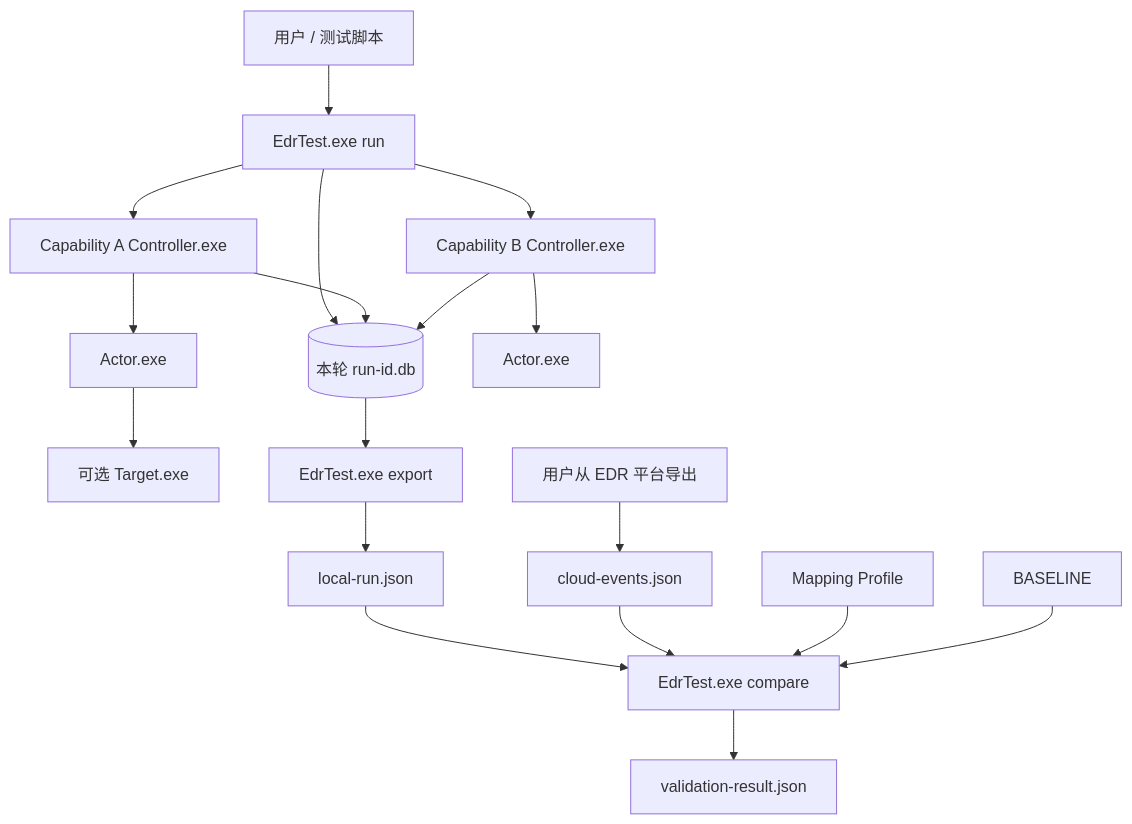
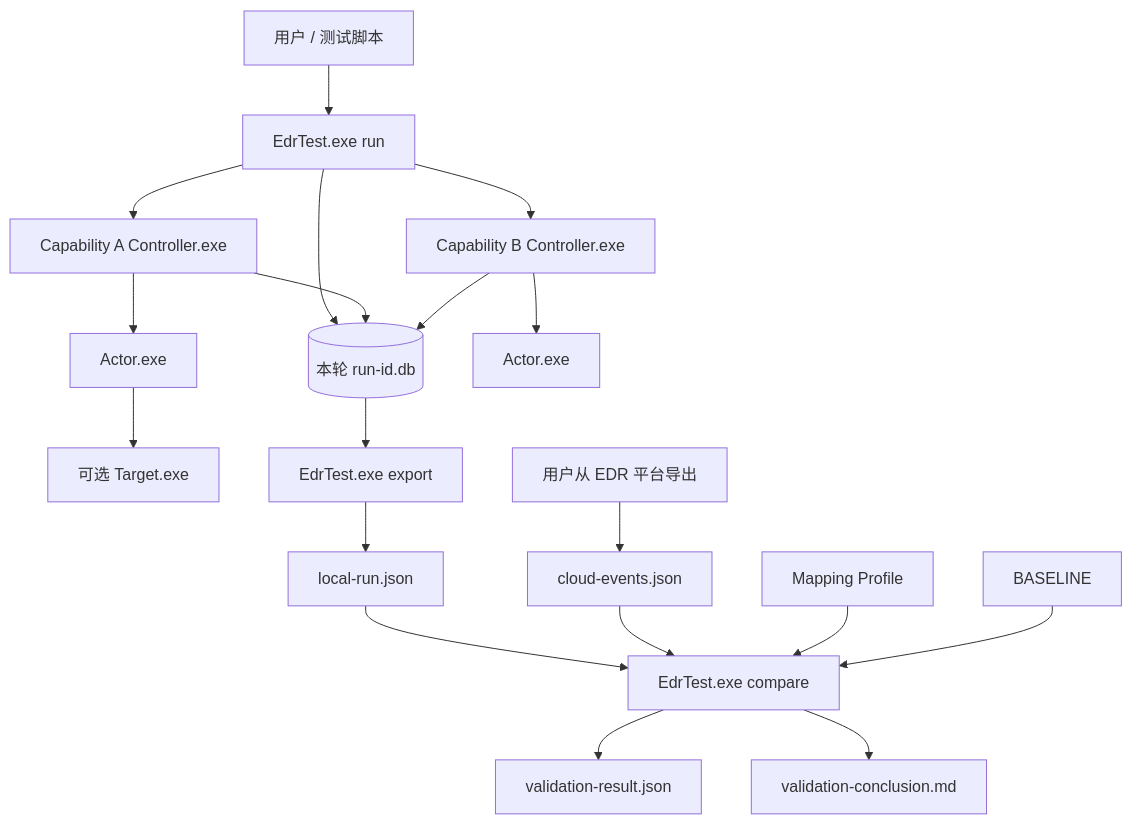
One commit to ParleStargazer/Tencent-EDR-Test changed the first of 3 diagrams in docs/DESIGN.md. Above: the diagram before and after it, drawn with Mermaid. The commit also changed other lines of this file and 12 other files, not shown here.

````diff
--- a/docs/DESIGN.md
+++ b/docs/DESIGN.md
@@ -102,20 +102,21 @@
 ```mermaid
 flowchart TB
     U["用户 / 测试脚本"] --> R["EdrTest.exe run"]
     R --> DB[("本轮 run-id.db")]
     R --> C1["Capability A Controller.exe"]
     R --> C2["Capability B Controller.exe"]
     C1 --> A1["Actor.exe"]
     A1 --> T1["可选 Target.exe"]
     C2 --> A2["Actor.exe"]
     C1 --> DB
     C2 --> DB
     DB --> X["EdrTest.exe export"]
     X --> LJ["local-run.json"]
     E["用户从 EDR 平台导出"] --> CJ["cloud-events.json"]
     LJ --> P["EdrTest.exe compare"]
     CJ --> P
     M["Mapping Profile"] --> P
     B["BASELINE"] --> P
     P --> V["validation-result.json"]
+    P --> Q["validation-conclusion.md"]
 ```
````
